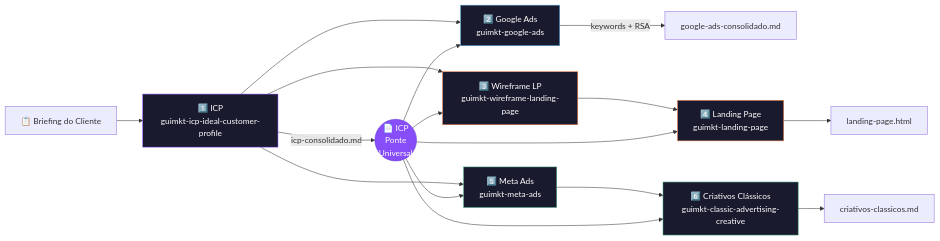
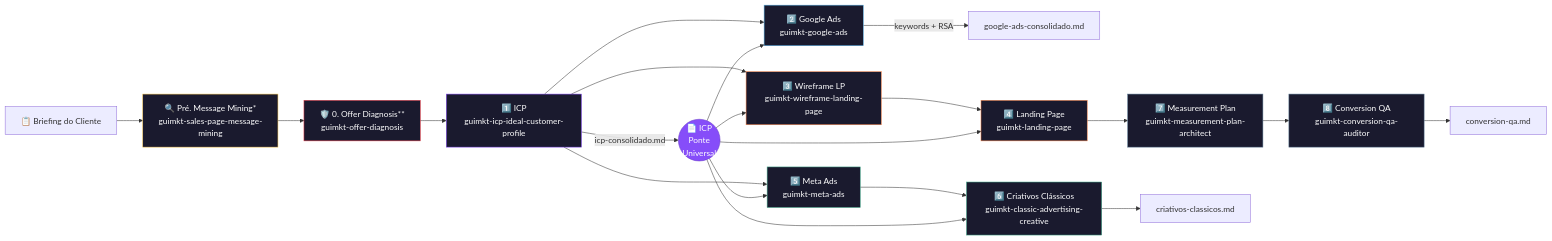
The fourth of 4 diagrams in README.md (guilhermemarketing/esc-skills), drawn with Mermaid before and after one commit. The commit also changed other lines of this file and 19 other files, not shown here.

````diff
--- a/README.md
+++ b/README.md
@@ -583,27 +645,37 @@
 ```mermaid
 flowchart LR
-    B["📋 Briefing do Cliente"] --> S1
+    B["📋 Briefing do Cliente"] --> SPre
+
+    SPre["🔍 Pré. Message Mining*\nguimkt-sales-page-message-mining"] --> S0
+    S0["🛡️ 0. Offer Diagnosis**\nguimkt-offer-diagnosis"] --> S1
 
     S1["1️⃣ ICP\nguimkt-icp-ideal-customer-profile"] --> S2
     S1 --> S3
     S1 --> S5
 
     S2["2️⃣ Google Ads\nguimkt-google-ads"] --> |keywords + RSA| OUT2["google-ads-consolidado.md"]
 
     S3["3️⃣ Wireframe LP\nguimkt-wireframe-landing-page"] --> S4
-    S4["4️⃣ Landing Page\nguimkt-landing-page"] --> OUT4["landing-page.html"]
+    S4["4️⃣ Landing Page\nguimkt-landing-page"] --> S7
 
     S5["5️⃣ Meta Ads\nguimkt-meta-ads"] --> S6
     S6["6️⃣ Criativos Clássicos\nguimkt-classic-advertising-creative"] --> OUT6["criativos-classicos.md"]
+
+    S7["7️⃣ Measurement Plan\nguimkt-measurement-plan-architect"] --> S8
+    S8["8️⃣ Conversion QA\nguimkt-conversion-qa-auditor"] --> OUT8["conversion-qa.md"]
 
     S1 --> |icp-consolidado.md| BRIDGE(("📄 ICP\nPonte\nUniversal"))
     BRIDGE --> S2 & S3 & S4 & S5 & S6
 
     style BRIDGE fill:#864df9,stroke:#6b3cc9,color:#fff
+    style SPre fill:#1a1a2e,stroke:#f9c74f,color:#fff
+    style S0 fill:#1a1a2e,stroke:#e63946,color:#fff
     style S1 fill:#1a1a2e,stroke:#864df9,color:#fff
     style S2 fill:#1a1a2e,stroke:#4ea8de,color:#fff
     style S3 fill:#1a1a2e,stroke:#f9844a,color:#fff
     style S4 fill:#1a1a2e,stroke:#f9844a,color:#fff
     style S5 fill:#1a1a2e,stroke:#43aa8b,color:#fff
     style S6 fill:#1a1a2e,stroke:#43aa8b,color:#fff
+    style S7 fill:#1a1a2e,stroke:#577590,color:#fff
+    style S8 fill:#1a1a2e,stroke:#577590,color:#fff
 ```
````
